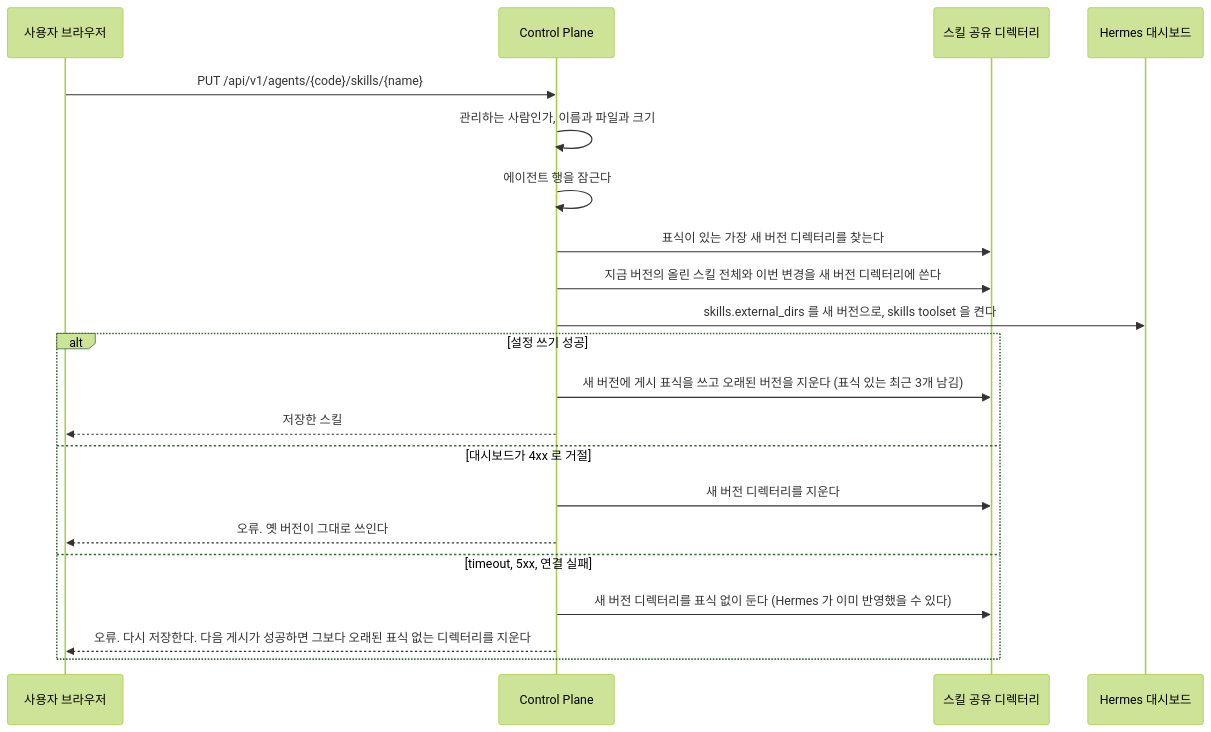
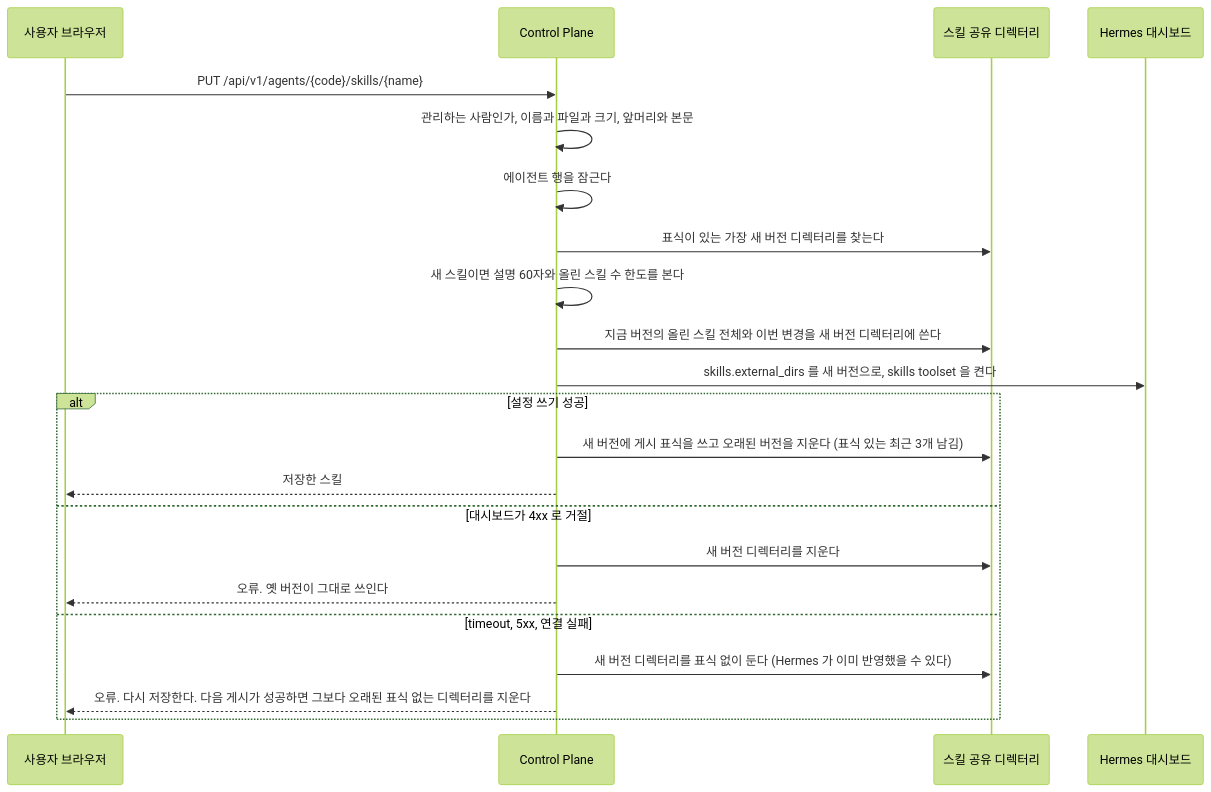
Before and after one commit to jon890/fos-assistant: the ninth of 26 diagrams in docs/flow.md, drawn with Mermaid (forest theme). The commit also changed other lines of this file and 9 other files, not shown here.

````diff
--- a/docs/flow.md
+++ b/docs/flow.md
@@ -402,24 +402,25 @@
 ```mermaid
 sequenceDiagram
     participant U as 사용자 브라우저
     participant C as Control Plane
     participant F as 스킬 공유 디렉터리
     participant D as Hermes 대시보드
 
     U->>C: PUT /api/v1/agents/{code}/skills/{name}
-    C->>C: 관리하는 사람인가, 이름과 파일과 크기
+    C->>C: 관리하는 사람인가, 이름과 파일과 크기, 앞머리와 본문
     C->>C: 에이전트 행을 잠근다
     C->>F: 표식이 있는 가장 새 버전 디렉터리를 찾는다
+    C->>C: 새 스킬이면 설명 60자와 올린 스킬 수 한도를 본다
     C->>F: 지금 버전의 올린 스킬 전체와 이번 변경을 새 버전 디렉터리에 쓴다
     C->>D: skills.external_dirs 를 새 버전으로, skills toolset 을 켠다
     alt 설정 쓰기 성공
         C->>F: 새 버전에 게시 표식을 쓰고 오래된 버전을 지운다 (표식 있는 최근 3개 남김)
         C-->>U: 저장한 스킬
     else 대시보드가 4xx 로 거절
         C->>F: 새 버전 디렉터리를 지운다
         C-->>U: 오류. 옛 버전이 그대로 쓰인다
     else timeout, 5xx, 연결 실패
         C->>F: 새 버전 디렉터리를 표식 없이 둔다 (Hermes 가 이미 반영했을 수 있다)
         C-->>U: 오류. 다시 저장한다. 다음 게시가 성공하면 그보다 오래된 표식 없는 디렉터리를 지운다
     end
 ```
````
